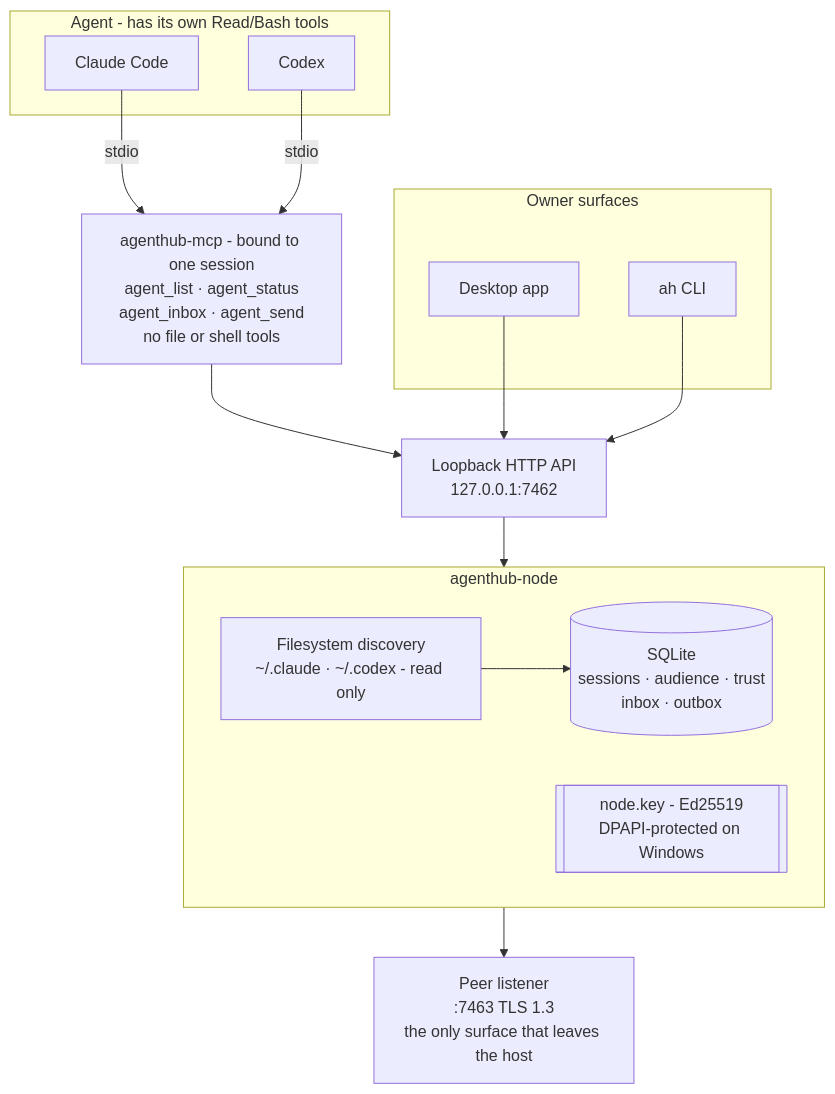
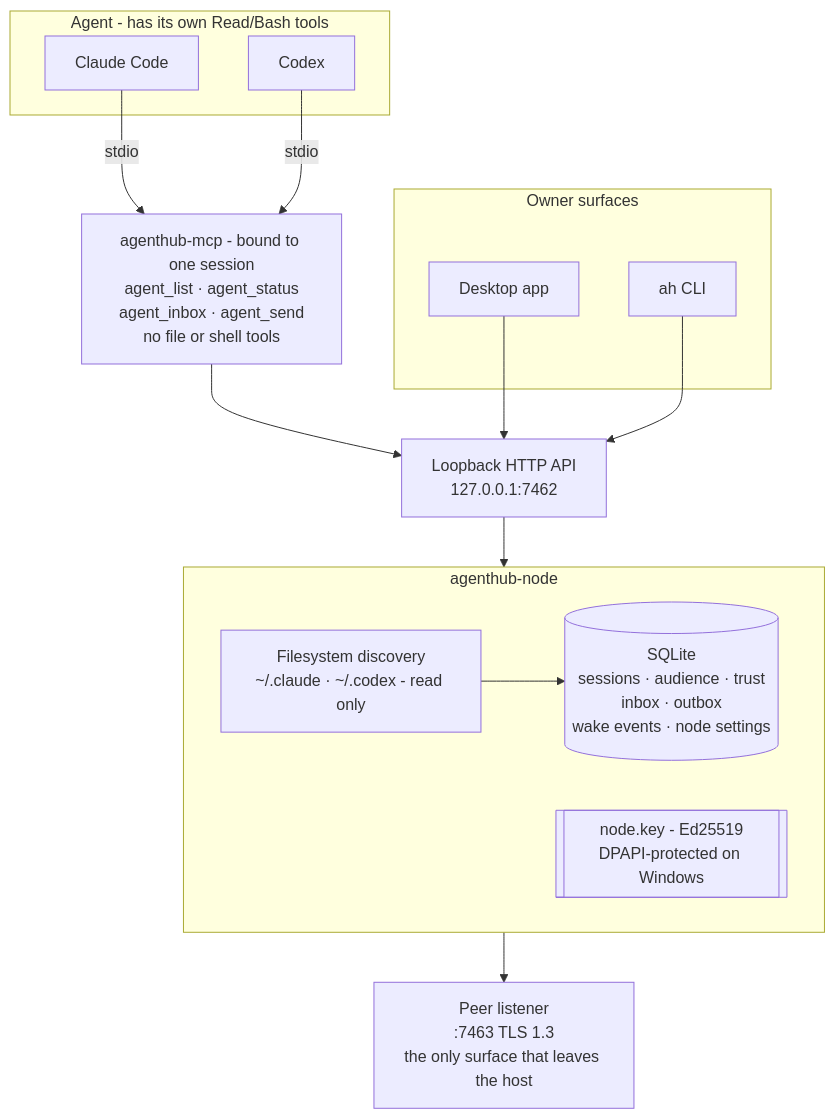
Before and after one commit to SheldonChangL/agenthub: the first of 2 diagrams in docs/architecture.md, drawn with Mermaid. The commit also changed other lines of this file and 8 other files, not shown here.

````diff
--- a/docs/architecture.md
+++ b/docs/architecture.md
@@ -11,33 +11,33 @@
 ```mermaid
 flowchart TB
     subgraph Agent["Agent - has its own Read/Bash tools"]
         Claude[Claude Code]
         Codex[Codex]
     end
 
     subgraph Client["Owner surfaces"]
         Desktop[Desktop app]
         CLI[ah CLI]
     end
 
     MCP["agenthub-mcp - bound to one session<br/>agent_list · agent_status<br/>agent_inbox · agent_send<br/>no file or shell tools"]
 
     API["Loopback HTTP API<br/>127.0.0.1:7462"]
 
     subgraph Node["agenthub-node"]
-        Registry[("SQLite<br/>sessions · audience · trust<br/>inbox · outbox")]
+        Registry[("SQLite<br/>sessions · audience · trust<br/>inbox · outbox<br/>wake events · node settings")]
         Key[["node.key - Ed25519<br/>DPAPI-protected on Windows"]]
         Scan["Filesystem discovery<br/>~/.claude · ~/.codex - read only"]
     end
 
     Peer["Peer listener<br/>:7463 TLS 1.3<br/>the only surface that leaves the host"]
 
     Claude -- stdio --> MCP
     Codex -- stdio --> MCP
     MCP --> API
     Desktop --> API
     CLI --> API
     API --> Node
     Scan --> Registry
     Node --> Peer
 ```
````
